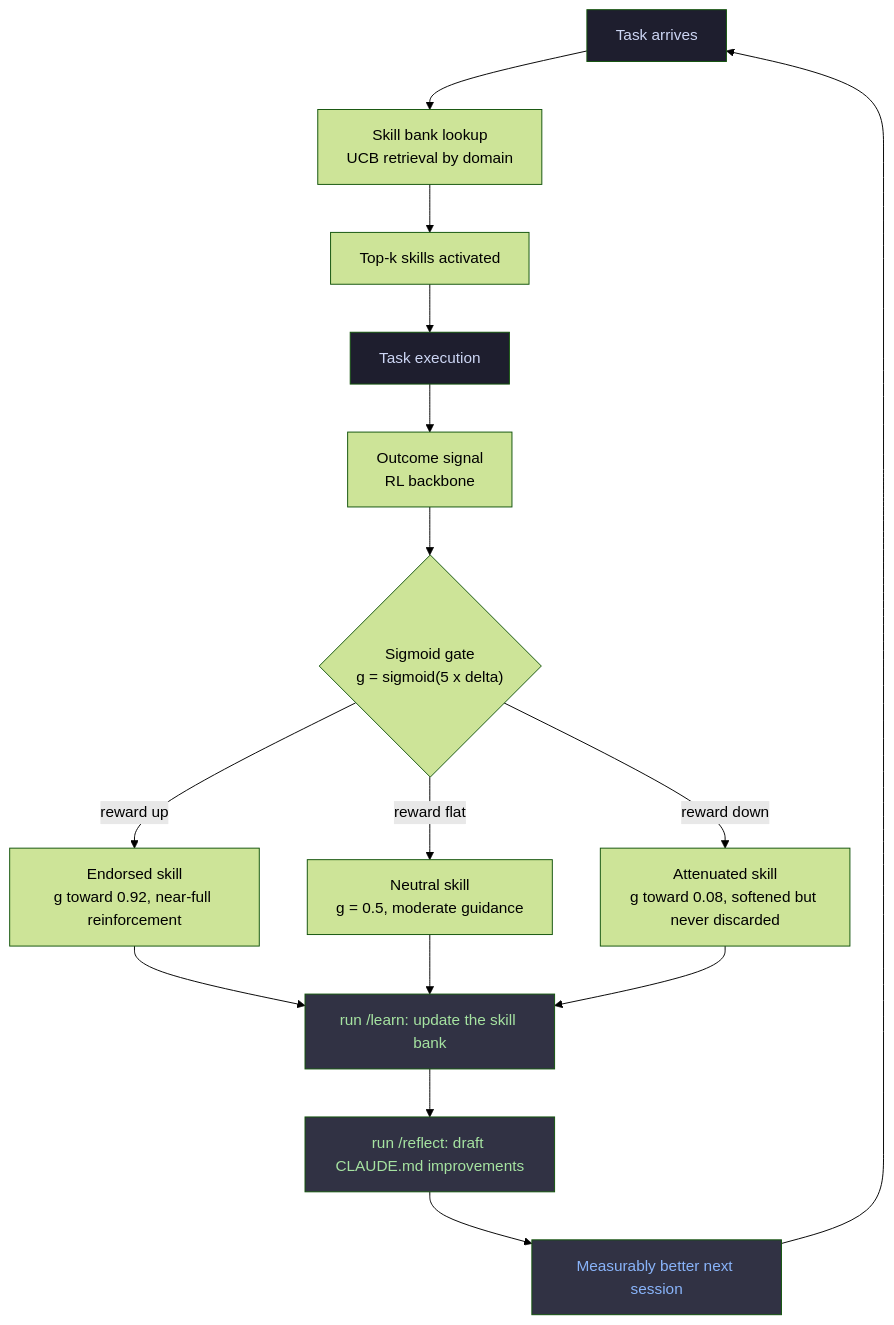
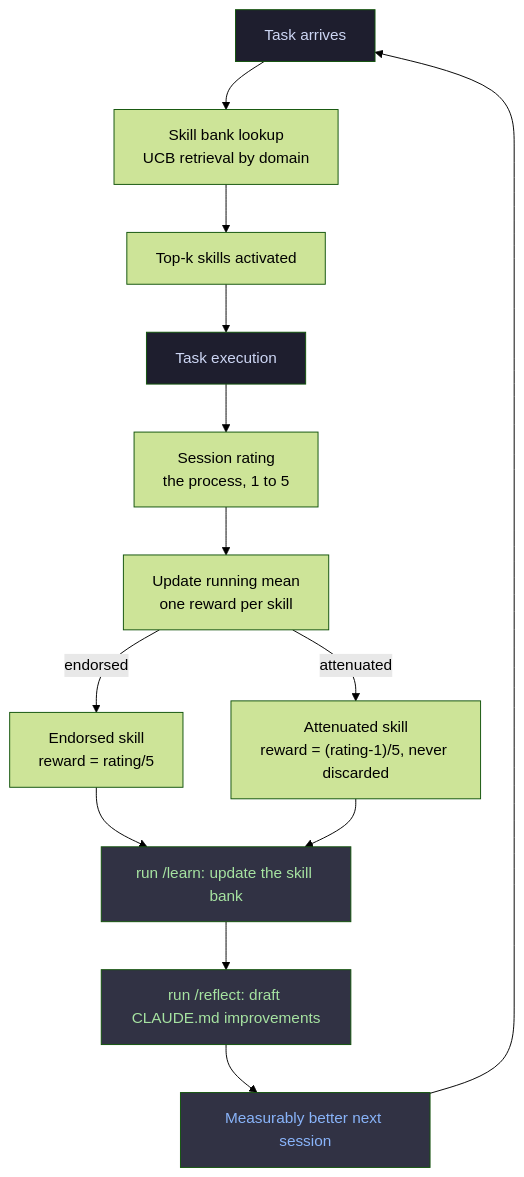
The diagram in README.md (notaneric/claude-personal-assistant), drawn with Mermaid (forest theme) before and after one commit. The commit also changed other lines of this file and 18 other files, not shown here.

````diff
--- a/README.md
+++ b/README.md
@@ -67,23 +67,21 @@
 ```mermaid
 graph TD
     A["Task arrives"] --> B["Skill bank lookup<br/>UCB retrieval by domain"]
     B --> C["Top-k skills activated"]
     C --> D["Task execution"]
-    D --> E["Outcome signal<br/>RL backbone"]
-    E --> F{"Sigmoid gate<br/>g = sigmoid(5 x delta)"}
-    F -->|"reward up"| G["Endorsed skill<br/>g toward 0.92, near-full reinforcement"]
-    F -->|"reward flat"| H["Neutral skill<br/>g = 0.5, moderate guidance"]
-    F -->|"reward down"| I["Attenuated skill<br/>g toward 0.08, softened but never discarded"]
+    D --> E["Session rating<br/>the process, 1 to 5"]
+    E --> F["Update running mean<br/>one reward per skill"]
+    F -->|"endorsed"| G["Endorsed skill<br/>reward = rating/5"]
+    F -->|"attenuated"| I["Attenuated skill<br/>reward = (rating-1)/5, never discarded"]
     G --> J["run /learn: update the skill bank"]
-    H --> J
     I --> J
     J --> K["run /reflect: draft CLAUDE.md improvements"]
     K --> L["Measurably better next session"]
     L --> A
 
     style A fill:#1e1e2e,color:#cdd6f4
     style D fill:#1e1e2e,color:#cdd6f4
     style J fill:#313244,color:#a6e3a1
     style K fill:#313244,color:#a6e3a1
     style L fill:#313244,color:#89b4fa
 ```
````
